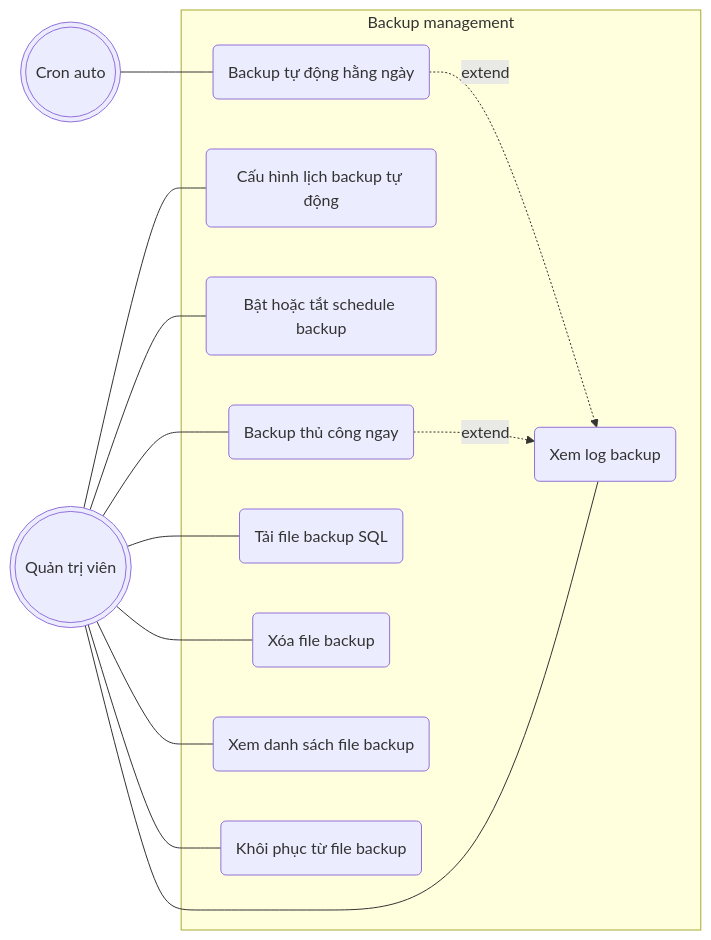
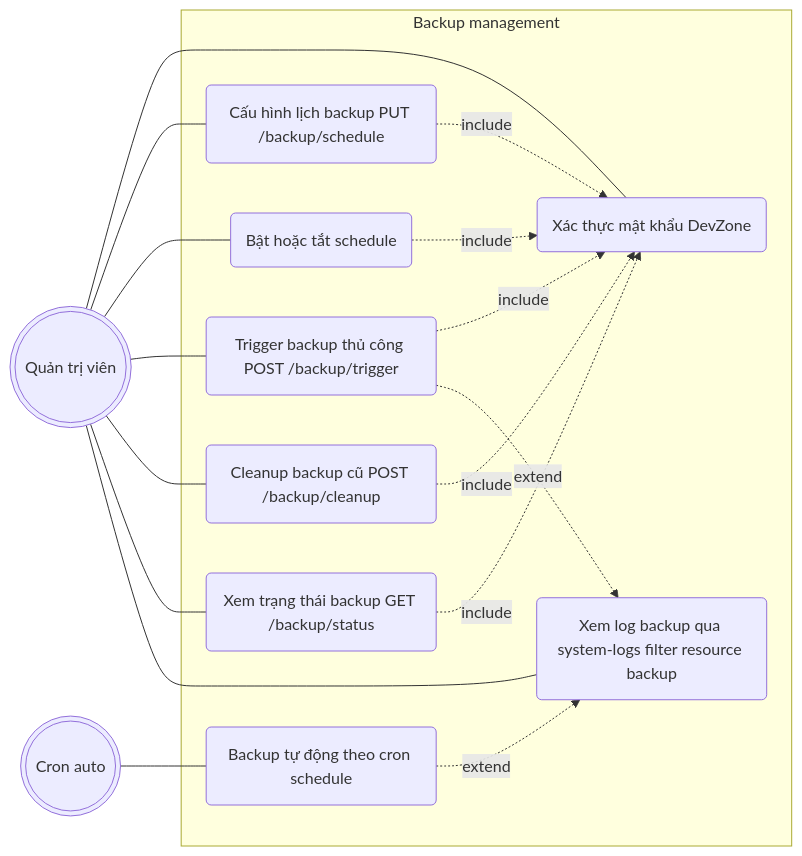
Diagram 13 of 15 in docs/diagrams/01-use-case.md (tranducbk/DATN_PM_QLKT), drawn with Mermaid before and after one commit. The commit also changed other lines of this file and 18 other files, not shown here.

First line of the commit message:
Update diagrams, slides and supplementary docs

````diff
--- a/docs/diagrams/01-use-case.md
+++ b/docs/diagrams/01-use-case.md
@@ -638,31 +686,34 @@
 ```mermaid
 flowchart LR
     SA(((Quản trị viên)))
     SYSTEM(((Cron auto)))
 
     subgraph SYS[Backup management]
-        UC1(Cấu hình lịch backup tự động)
-        UC2(Bật hoặc tắt schedule backup)
-        UC3(Backup thủ công ngay)
-        UC4(Tải file backup SQL)
-        UC5(Xóa file backup)
-        UC6(Xem danh sách file backup)
-        UC7(Backup tự động hằng ngày)
-        UC8(Khôi phục từ file backup)
-        UC9(Xem log backup)
+        UC1(Xác thực mật khẩu DevZone)
+        UC2(Cấu hình lịch backup PUT /backup/schedule)
+        UC3(Bật hoặc tắt schedule)
+        UC4(Trigger backup thủ công POST /backup/trigger)
+        UC5(Cleanup backup cũ POST /backup/cleanup)
+        UC6(Xem trạng thái backup GET /backup/status)
+        UC7(Backup tự động theo cron schedule)
+        UC8(Xem log backup qua system-logs filter resource backup)
 
-        UC7 -.->|extend| UC9
-        UC3 -.->|extend| UC9
+        UC2 -.->|include| UC1
+        UC3 -.->|include| UC1
+        UC4 -.->|include| UC1
+        UC5 -.->|include| UC1
+        UC6 -.->|include| UC1
+        UC7 -.->|extend| UC8
+        UC4 -.->|extend| UC8
     end
 
     SA --- UC1
     SA --- UC2
     SA --- UC3
     SA --- UC4
     SA --- UC5
     SA --- UC6
     SA --- UC8
-    SA --- UC9
 
     SYSTEM --- UC7
 ```
````
